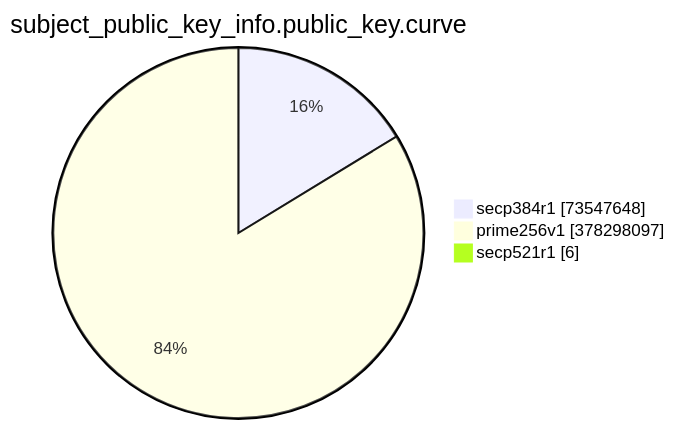
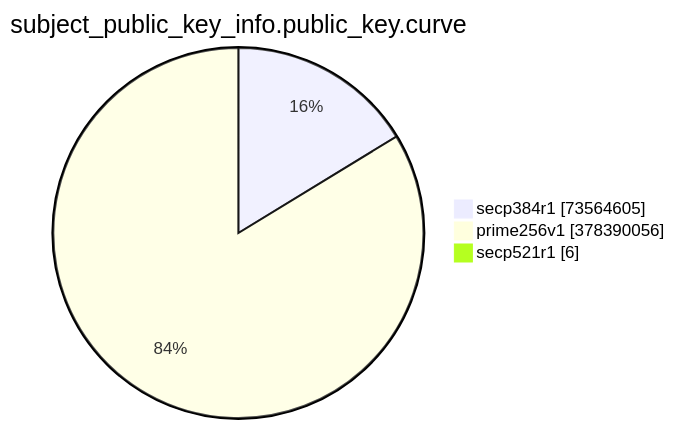
One commit to christiankrug/ctmonitor_visualization changed the eighth of 15 diagrams in TOTAL/README.md. Above: the diagram before and after it, drawn with Mermaid. The commit also changed other lines of this file, not shown here.

````diff
--- a/TOTAL/README.md
+++ b/TOTAL/README.md
@@ -3094,7 +3094,7 @@
 ```mermaid
 pie showData
 title subject_public_key_info.public_key.curve
-"secp384r1" :73547648
-"prime256v1" :378298097
+"secp384r1" :73564605
+"prime256v1" :378390056
 "secp521r1" :6
 ```
````
